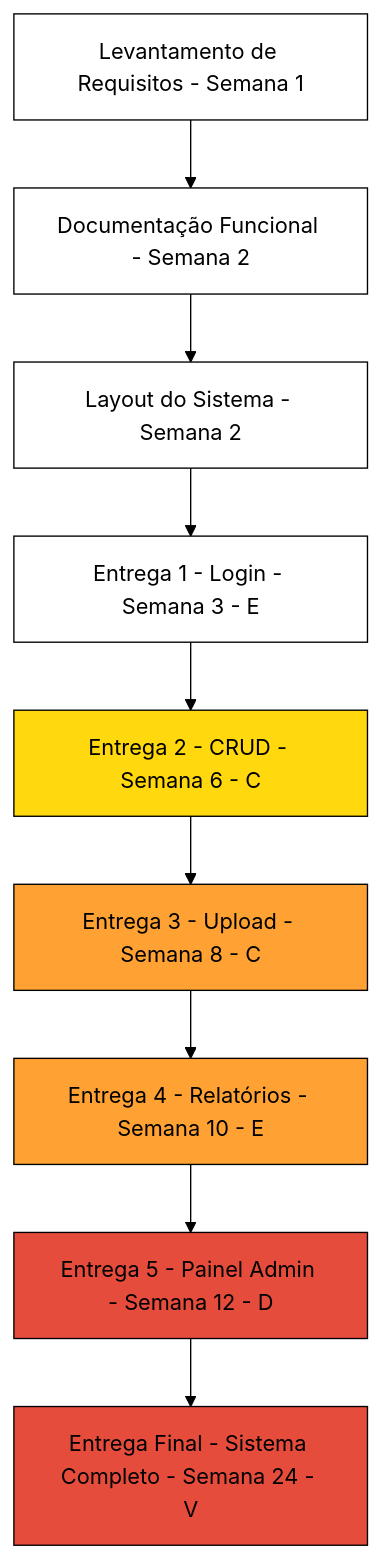
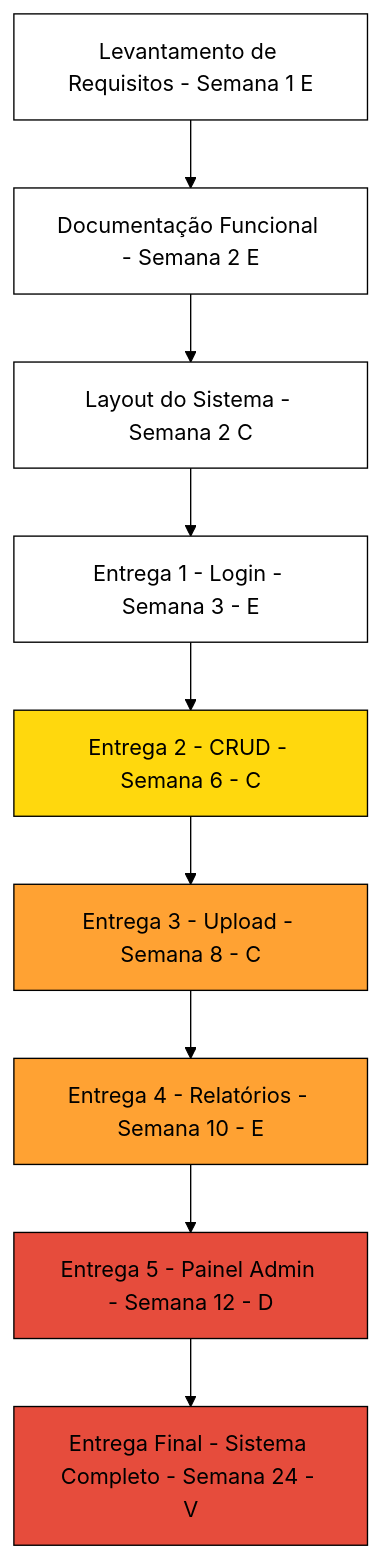
One commit to AnandaMazine/Metodo-Agil-Crystal changed the first of 3 diagrams in README.md. Above: the diagram before and after it, drawn with Mermaid (forest theme).

````diff
--- a/README.md
+++ b/README.md
@@ -3,21 +3,21 @@
 ```mermaid
 graph TD
-    E1["Levantamento de Requisitos - Semana 1"]:::branco
-    E2["Documentação Funcional - Semana 2"]:::branco
-    E3["Layout do Sistema - Semana 2"]:::branco
+    E1["Levantamento de Requisitos - Semana 1 E"]:::branco
+    E2["Documentação Funcional - Semana 2 E"]:::branco
+    E3["Layout do Sistema - Semana 2 C"]:::branco
     E4["Entrega 1 - Login - Semana 3 - E"]:::branco
     E5["Entrega 2 - CRUD - Semana 6 - C"]:::amarelo
     E6["Entrega 3 - Upload - Semana 8 - C"]:::laranja
     E7["Entrega 4 - Relatórios - Semana 10 - E"]:::laranja
     E8["Entrega 5 - Painel Admin - Semana 12 - D"]:::vermelho
     E9["Entrega Final - Sistema Completo - Semana 24 - V"]:::vermelho
 
     E1 --> E2 --> E3 --> E4 --> E5 --> E6 --> E7 --> E8 --> E9
 
 %% Definições de estilo
 classDef branco fill:#ffffff,stroke:#000,stroke-width:1px;
 classDef amarelo fill:#FFD80D,stroke:#000,stroke-width:1px;
 classDef laranja fill:#FFA233,stroke:#000,stroke-width:1px;
 classDef vermelho fill:#E64C3C,stroke:#000,stroke-width:1px;
 
 ```
````
